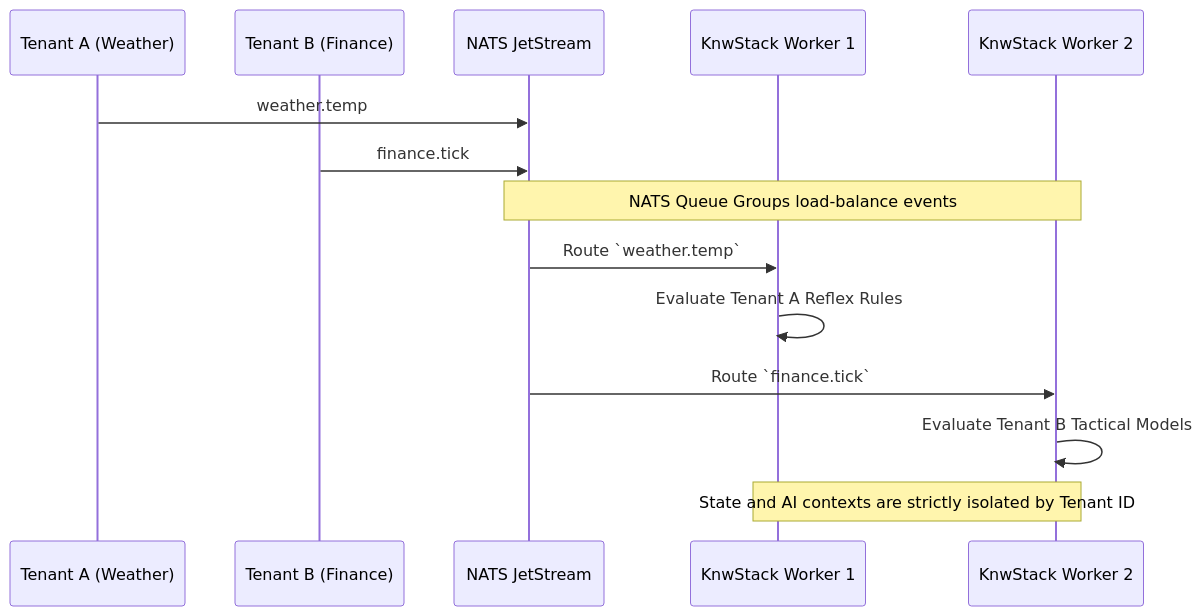
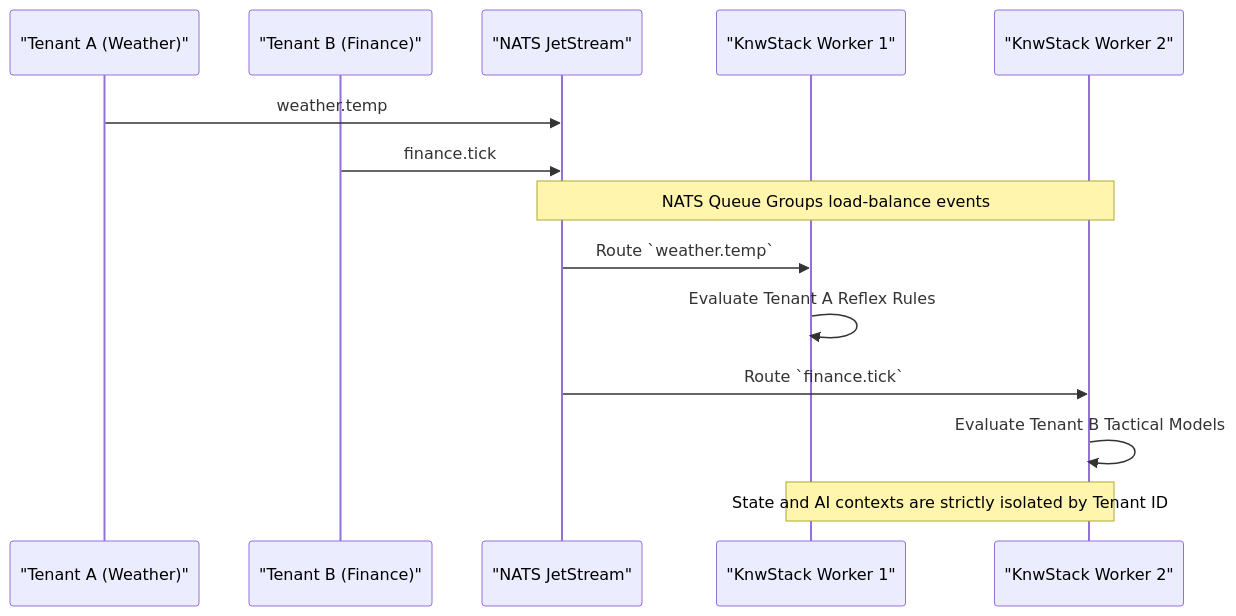
Before and after one commit to balamuru/knwstack: the third of 4 diagrams in docs/architecture.md, drawn with Mermaid. The commit also changed other lines of this file and 3 other files, not shown here.

Commit message:
chore: standardize architecture mermaid diagrams and add NATS infrastructure setup docs with new documentation skill agents

````diff
--- a/docs/architecture.md
+++ b/docs/architecture.md
@@ -91,21 +91,21 @@
 ```mermaid
 sequenceDiagram
-    participant T1 as Tenant A (Weather)
-    participant T2 as Tenant B (Finance)
-    participant N as NATS JetStream
-    participant W1 as KnwStack Worker 1
-    participant W2 as KnwStack Worker 2
+    participant T1 as "Tenant A (Weather)"
+    participant T2 as "Tenant B (Finance)"
+    participant N as "NATS JetStream"
+    participant W1 as "KnwStack Worker 1"
+    participant W2 as "KnwStack Worker 2"
 
     T1->>N: weather.temp
     T2->>N: finance.tick
     
     Note over N,W2: NATS Queue Groups load-balance events
     
     N->>W1: Route `weather.temp`
     W1->>W1: Evaluate Tenant A Reflex Rules
     
     N->>W2: Route `finance.tick`
     W2->>W2: Evaluate Tenant B Tactical Models
     
     Note over W1,W2: State and AI contexts are strictly isolated by Tenant ID
 ```
````
